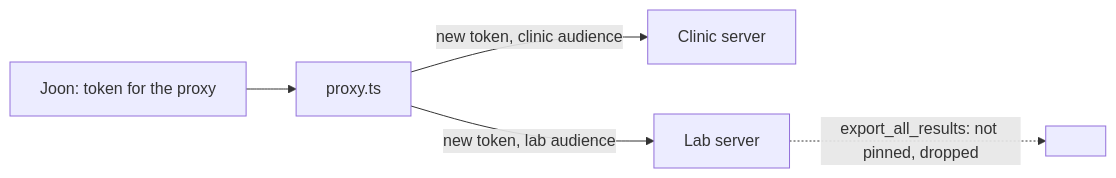
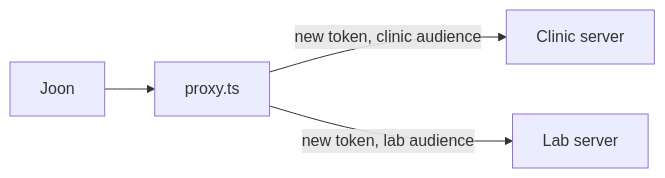
The diagram in parts/05-grow-the-server/03-front-two-servers/problem/README.md (learnwithparam/mcp-workshop), drawn with Mermaid before and after one commit. The commit also changed other lines of this file and 153 other files, not shown here.

````diff
--- a/parts/05-grow-the-server/03-front-two-servers/problem/README.md
+++ b/parts/05-grow-the-server/03-front-two-servers/problem/README.md
@@ -22,7 +7,6 @@
 ```mermaid
 flowchart LR
-  J[Joon: token for the proxy] --> P[proxy.ts]
+  J[Joon] --> P[proxy.ts]
   P -- "new token, clinic audience" --> C[Clinic server]
   P -- "new token, lab audience" --> L[Lab server]
-  L -. "export_all_results: not pinned, dropped" .-> X[ ]
 ```
````
